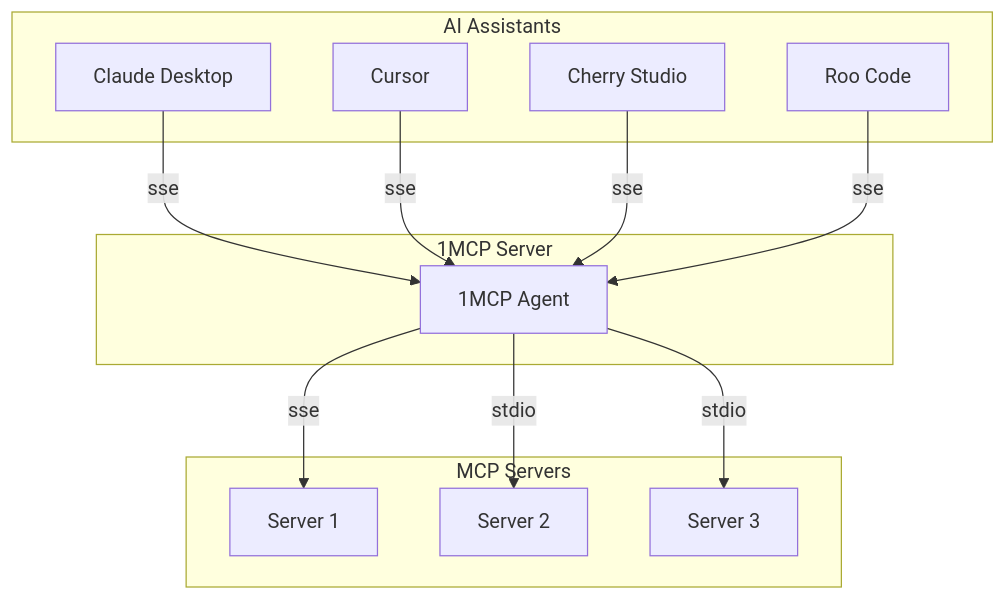
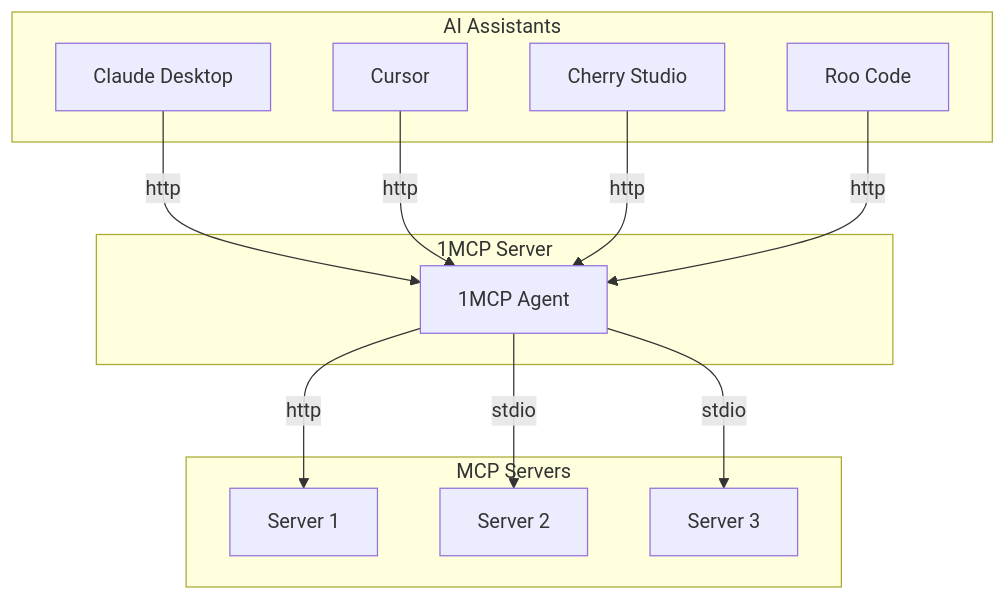
The first of 2 diagrams in README.md (fastmcp-me/agent), drawn with Mermaid before and after one commit. The commit also changed other lines of this file and 8 other files, not shown here.

````diff
--- a/README.md
+++ b/README.md
@@ -211,28 +211,28 @@
 ```mermaid
 graph TB
     subgraph "AI Assistants"
         A1[Claude Desktop]
         A2[Cursor]
         A3[Cherry Studio]
         A4[Roo Code]
     end
 
     subgraph "1MCP Server"
         MCP[1MCP Agent]
     end
 
     subgraph "MCP Servers"
         S1[Server 1]
         S2[Server 2]
         S3[Server 3]
     end
 
-    A1 -->|sse| MCP
-    A2 -->|sse| MCP
-    A3 -->|sse| MCP
-    A4 -->|sse| MCP
+    A1 -->|http| MCP
+    A2 -->|http| MCP
+    A3 -->|http| MCP
+    A4 -->|http| MCP
 
-    MCP --> |sse| S1
+    MCP --> |http| S1
     MCP --> |stdio| S2
     MCP --> |stdio| S3
 ```
````
